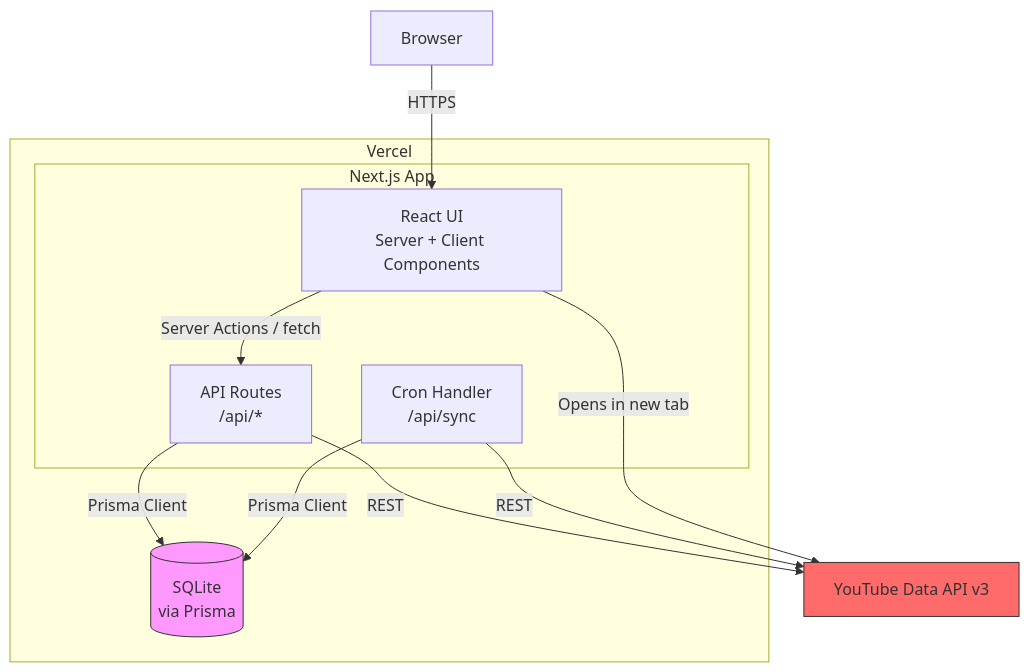
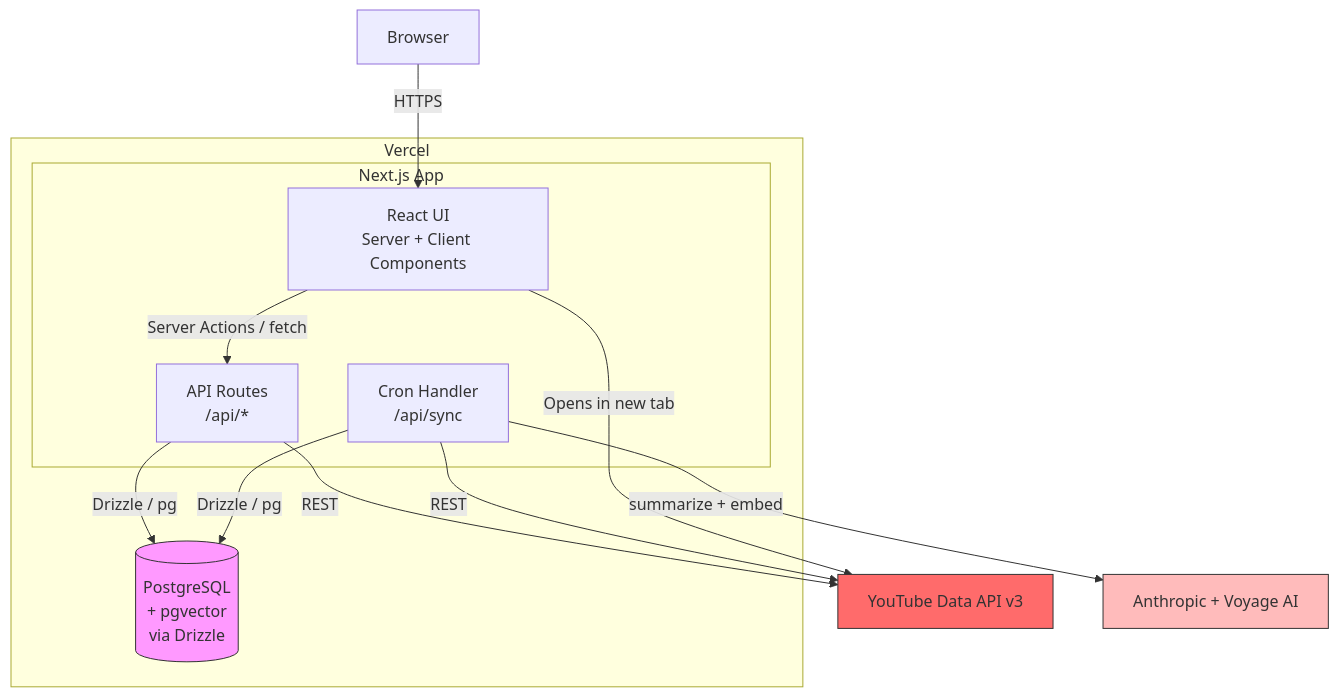
The first of 2 diagrams in docs/02-technical-architecture.md (phoydar/youtube-queue-app), drawn with Mermaid before and after one commit. The commit also changed other lines of this file and 3 other files, not shown here.

First line of the commit message:
Update docs to reflect PostgreSQL + pgvector + AI pipeline

````diff
--- a/docs/02-technical-architecture.md
+++ b/docs/02-technical-architecture.md
@@ -26,25 +29,28 @@
 ```mermaid
 graph TB
     subgraph "Vercel"
         subgraph "Next.js App"
             UI[React UI<br/>Server + Client Components]
             API[API Routes<br/>/api/*]
             CRON[Cron Handler<br/>/api/sync]
         end
-        DB[(SQLite<br/>via Prisma)]
+        DB[(PostgreSQL<br/>+ pgvector<br/>via Drizzle)]
     end
 
     YT[YouTube Data API v3]
+    AI[Anthropic + Voyage AI]
     BROWSER[Browser]
 
     BROWSER -->|HTTPS| UI
     UI -->|Server Actions / fetch| API
-    API -->|Prisma Client| DB
-    CRON -->|Prisma Client| DB
+    API -->|Drizzle / pg| DB
+    CRON -->|Drizzle / pg| DB
     API -->|REST| YT
     CRON -->|REST| YT
+    CRON -->|summarize + embed| AI
     UI -->|Opens in new tab| YT
 
     style DB fill:#f9f,stroke:#333
     style YT fill:#ff6b6b,stroke:#333
+    style AI fill:#fbb,stroke:#333
 ```
````
